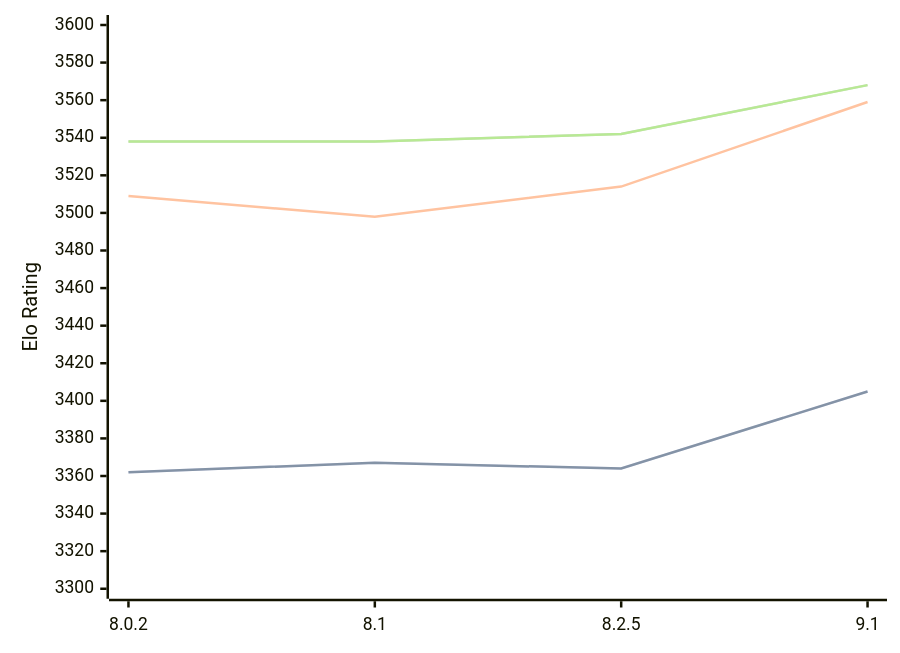
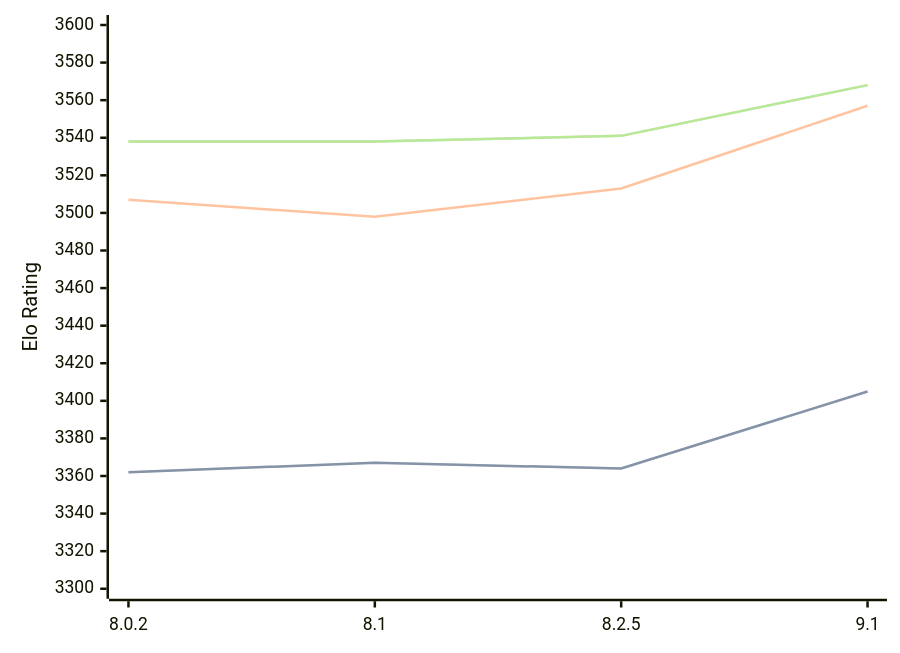
Before and after one commit to computer-chess-index/cci: the diagram in engines/Clover.md, drawn with Mermaid. The commit also changed other lines of this file, not shown here.

Commit message:
Update CCI Ratings (ELO VLTC) - 2026-03-19

````diff
--- a/engines/Clover.md
+++ b/engines/Clover.md
@@ -62,11 +64,11 @@
 ```mermaid
 %%{init: {"theme":"base","themeVariables":{"seriesColors:['#a3a3a3','#222221','#faa371']}}}%%
 xychart-beta
   x-axis ["8.0.2", "8.1", "8.2.5", "9.1"]
   y-axis "Elo Rating" 3300 --> 3600
   line "STC (8.0+0.08s)" [3362, 3367, 3364, 3405]
   line "STC (8.0+0.08s)" [3362, 3367, 3364, 3405]
-  line "LTC (60.0+0.60s)" [3509, 3498, 3514, 3559]
-  line "VLTC (2m24s+1.12s)" [3538, 3538, 3542, 3568]
-  line "VLTC (2m24s+1.12s)" [3538, 3538, 3542, 3568]
+  line "LTC (60.0+0.60s)" [3507, 3498, 3513, 3557]
+  line "VLTC (2m24s+1.12s)" [3538, 3538, 3541, 3568]
+  line "VLTC (2m24s+1.12s)" [3538, 3538, 3541, 3568]
 ```
````
